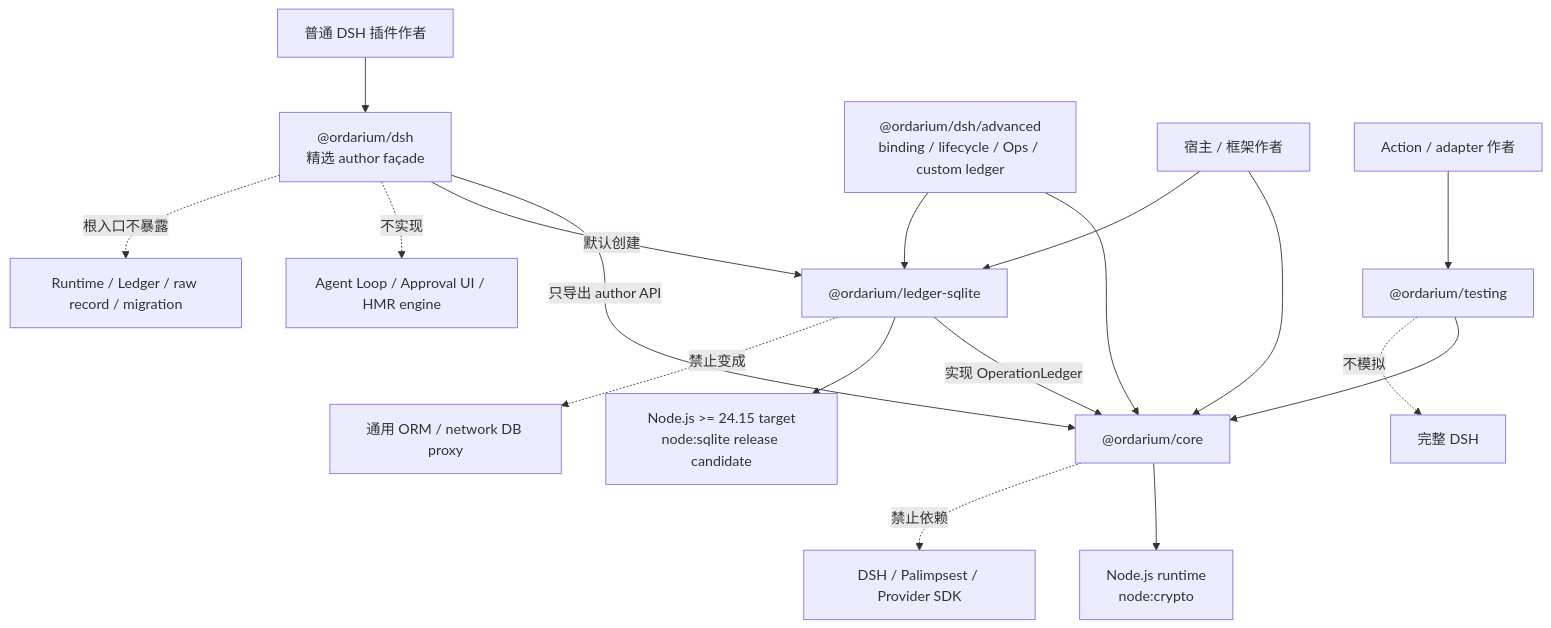
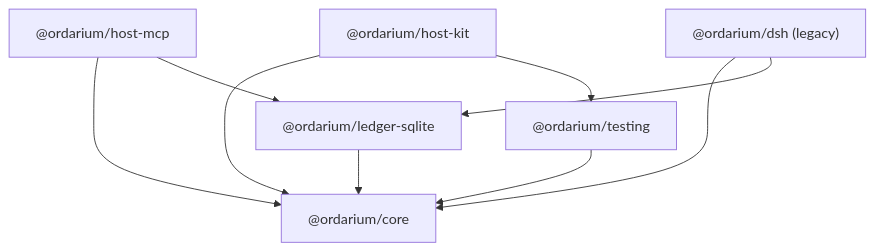
Before and after one commit to orangeofcarl0-sys/ordarium: the second of 9 diagrams in docs/16-ordarium-mermaid-architecture-atlas.md, drawn with Mermaid. The commit also changed other lines of this file and 27 other files, not shown here.

````diff
--- a/docs/16-ordarium-mermaid-architecture-atlas.md
+++ b/docs/16-ordarium-mermaid-architecture-atlas.md
@@ -452,23 +22,18 @@
 ```mermaid
-flowchart TB
-    AUTHOR["普通 DSH 插件作者"] --> DSH["@ordarium/dsh<br/>精选 author façade"]
-    DSH -->|"只导出 author API"| CORE["@ordarium/core"]
-    DSH -->|"默认创建"| SQLITE["@ordarium/ledger-sqlite"]
-    SQLITE -->|"实现 OperationLedger"| CORE
+flowchart TD
+  CORE["@ordarium/core"]
+  SQL["@ordarium/ledger-sqlite"]
+  TEST["@ordarium/testing"]
+  KIT["@ordarium/host-kit"]
+  MCP["@ordarium/host-mcp"]
+  DSH["@ordarium/dsh (legacy)"]
 
-    DSH_ADV["@ordarium/dsh/advanced<br/>binding / lifecycle / Ops / custom ledger"] --> CORE
-    DSH_ADV --> SQLITE
-    ADVANCED["宿主 / 框架作者"] --> CORE
-    ADVANCED --> SQLITE
-    TEST_AUTHOR["Action / adapter 作者"] --> TESTING["@ordarium/testing"]
-    TESTING --> CORE
-
-    CORE --> NODE["Node.js runtime<br/>node:crypto"]
-    SQLITE --> NODE_SQLITE["Node.js >= 24.15 target<br/>node:sqlite release candidate"]
-
-    CORE -.->|"禁止依赖"| DSH_INTERNALS["DSH / Palimpsest / Provider SDK"]
-    SQLITE -.->|"禁止变成"| ORM["通用 ORM / network DB proxy"]
-    DSH -.->|"不实现"| HARNESS["Agent Loop / Approval UI / HMR engine"]
-    DSH -.->|"根入口不暴露"| LOW["Runtime / Ledger / raw record / migration"]
-    TESTING -.->|"不模拟"| FULL_DSH["完整 DSH"]
+  SQL --> CORE
+  TEST --> CORE
+  KIT --> CORE
+  KIT --> TEST
+  MCP --> CORE
+  MCP --> SQL
+  DSH --> CORE
+  DSH --> SQL
 ```
````
